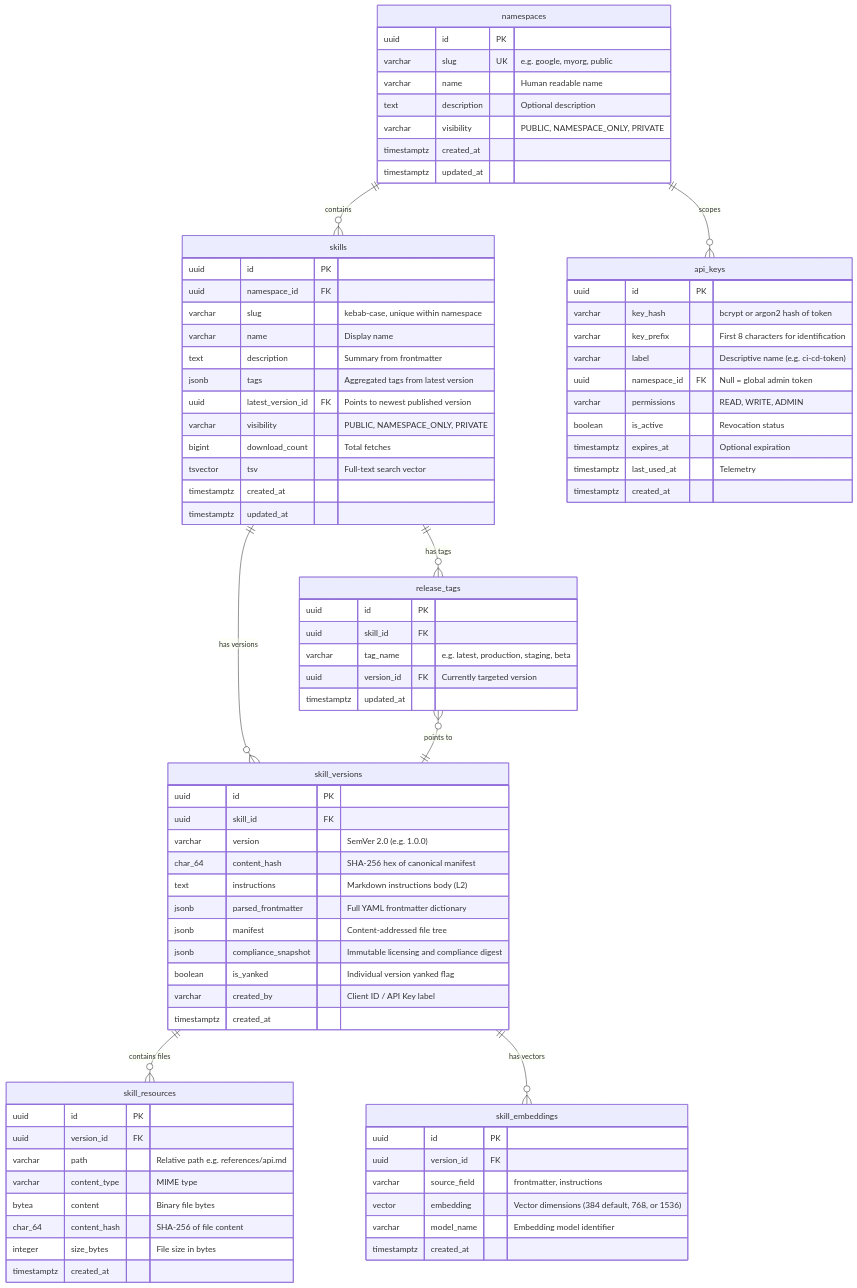
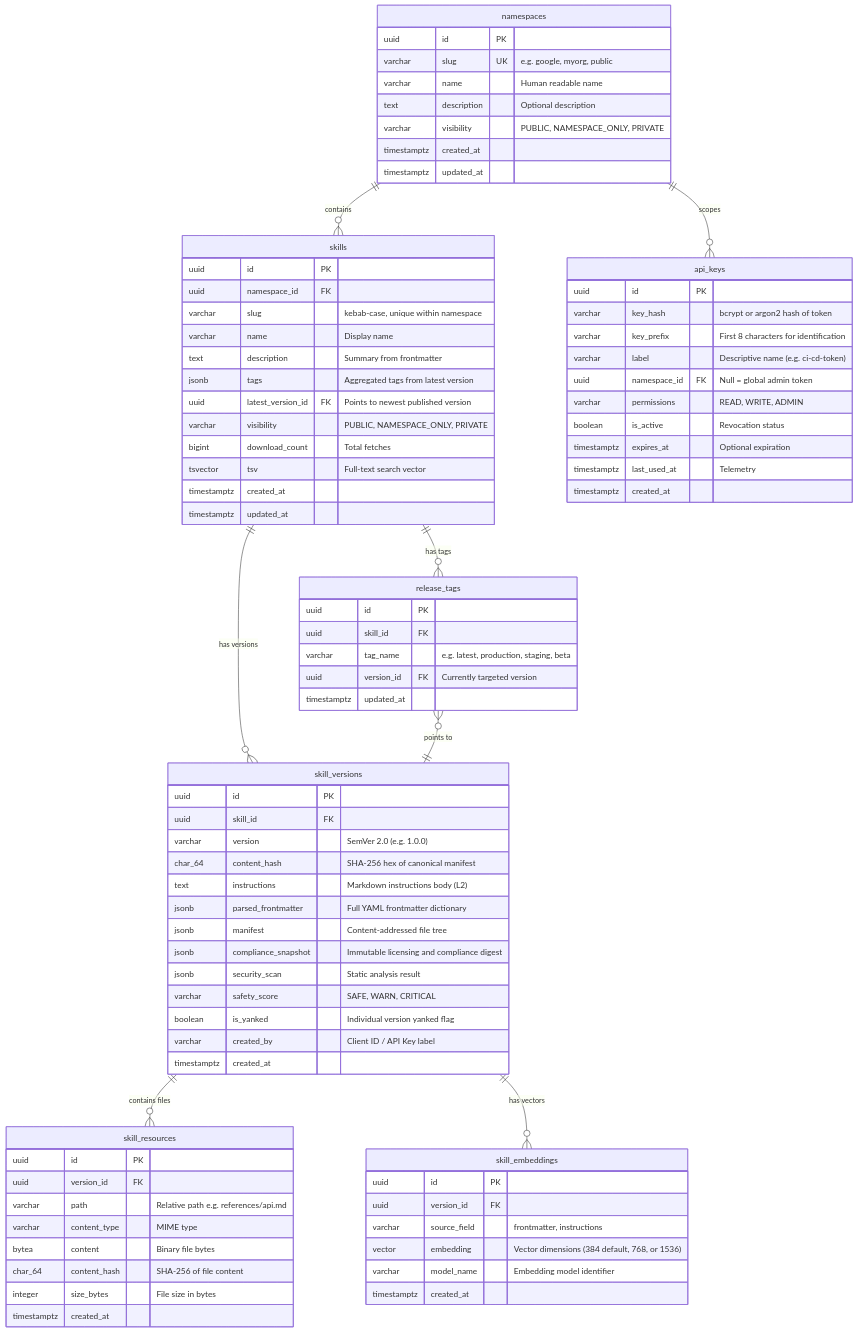
One commit to tech-artist92/open-skill-registry changed the first of 2 diagrams in specs/001-open-skill-registry/data-model.md. Above: the diagram before and after it, drawn with Mermaid. The commit also changed other lines of this file and 13 other files, not shown here.

```diff
--- a/specs/001-open-skill-registry/data-model.md
+++ b/specs/001-open-skill-registry/data-model.md
@@ -51,6 +51,8 @@
         jsonb parsed_frontmatter "Full YAML frontmatter dictionary"
         jsonb manifest "Content-addressed file tree"
         jsonb compliance_snapshot "Immutable licensing and compliance digest"
+        jsonb security_scan "Static analysis result"
+        varchar safety_score "SAFE, WARN, CRITICAL"
         boolean is_yanked "Individual version yanked flag"
         varchar created_by "Client ID / API Key label"
         timestamptz created_at
```
